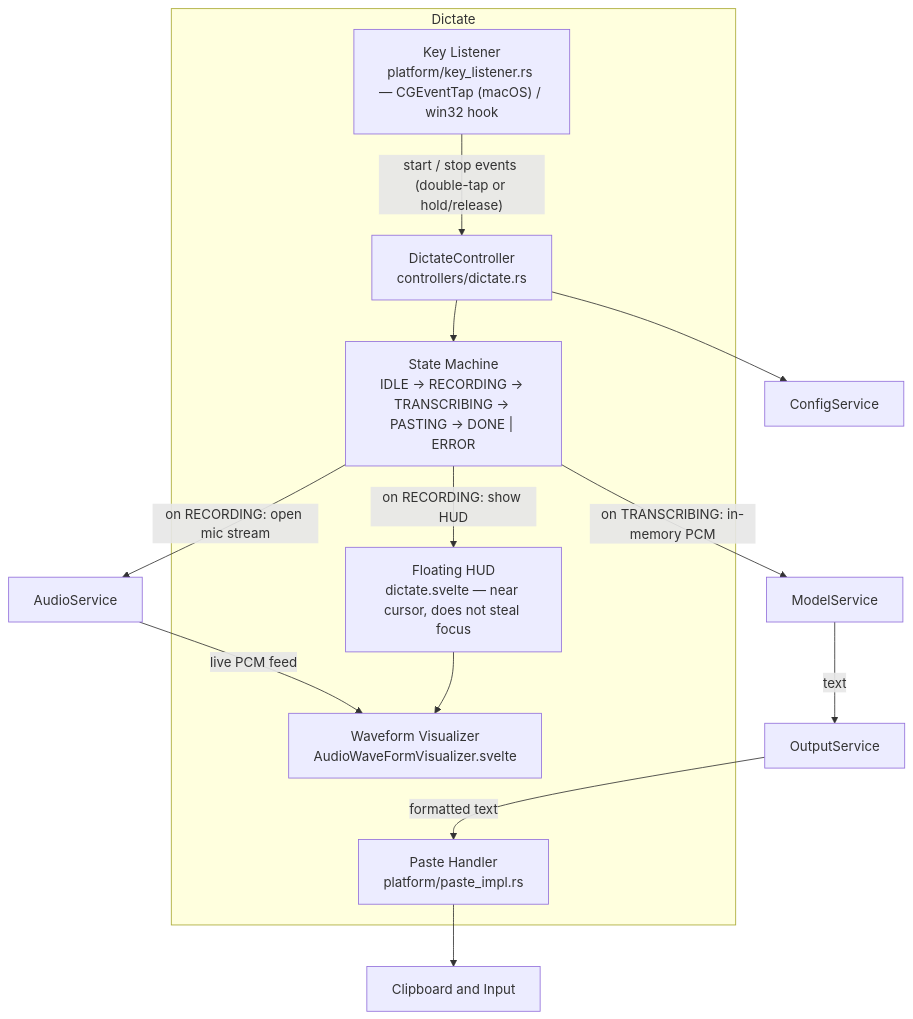
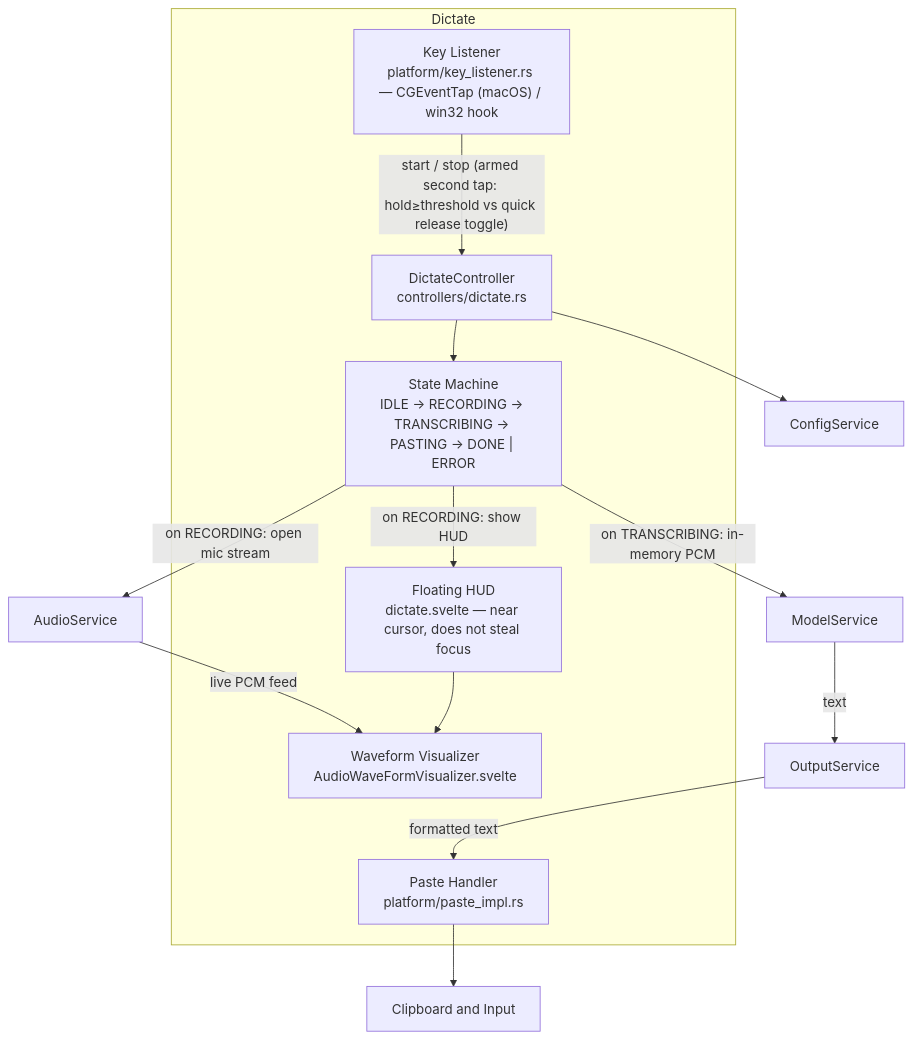
One commit to Lenniott/scribeFloat changed the ninth of 10 diagrams in context/architecture.md. Above: the diagram before and after it, drawn with Mermaid. The commit also changed 7 other files, not shown here.

Commit message:
double tap hold fix

````diff
--- a/context/architecture.md
+++ b/context/architecture.md
@@ -425,29 +425,29 @@
 ```mermaid
 graph TB
     subgraph dictate["Dictate"]
         controller["DictateController\ncontrollers/dictate.rs"]
         state["State Machine\nIDLE → RECORDING → TRANSCRIBING → PASTING → DONE | ERROR"]
         key_listener["Key Listener\nplatform/key_listener.rs — CGEventTap (macOS) / win32 hook"]
         hud["Floating HUD\ndictate.svelte — near cursor, does not steal focus"]
         waveform["Waveform Visualizer\nAudioWaveFormVisualizer.svelte"]
         paste_handler["Paste Handler\nplatform/paste_impl.rs"]
     end
 
     svc_audio["AudioService"]
     svc_model["ModelService"]
     svc_output["OutputService"]
     svc_config["ConfigService"]
     clipboard["Clipboard and Input"]
 
-    key_listener -->|"start / stop events (double-tap or hold/release)"| controller
+    key_listener -->|"start / stop (armed second tap: hold≥threshold vs quick release toggle)"| controller
     controller --> state
     state -->|"on RECORDING: open mic stream"| svc_audio
     state -->|"on RECORDING: show HUD"| hud
     svc_audio -->|"live PCM feed"| waveform
     hud --> waveform
     state -->|"on TRANSCRIBING: in-memory PCM"| svc_model
     svc_model -->|"text"| svc_output
     svc_output -->|"formatted text"| paste_handler
     paste_handler --> clipboard
     controller --> svc_config
 ```
````
